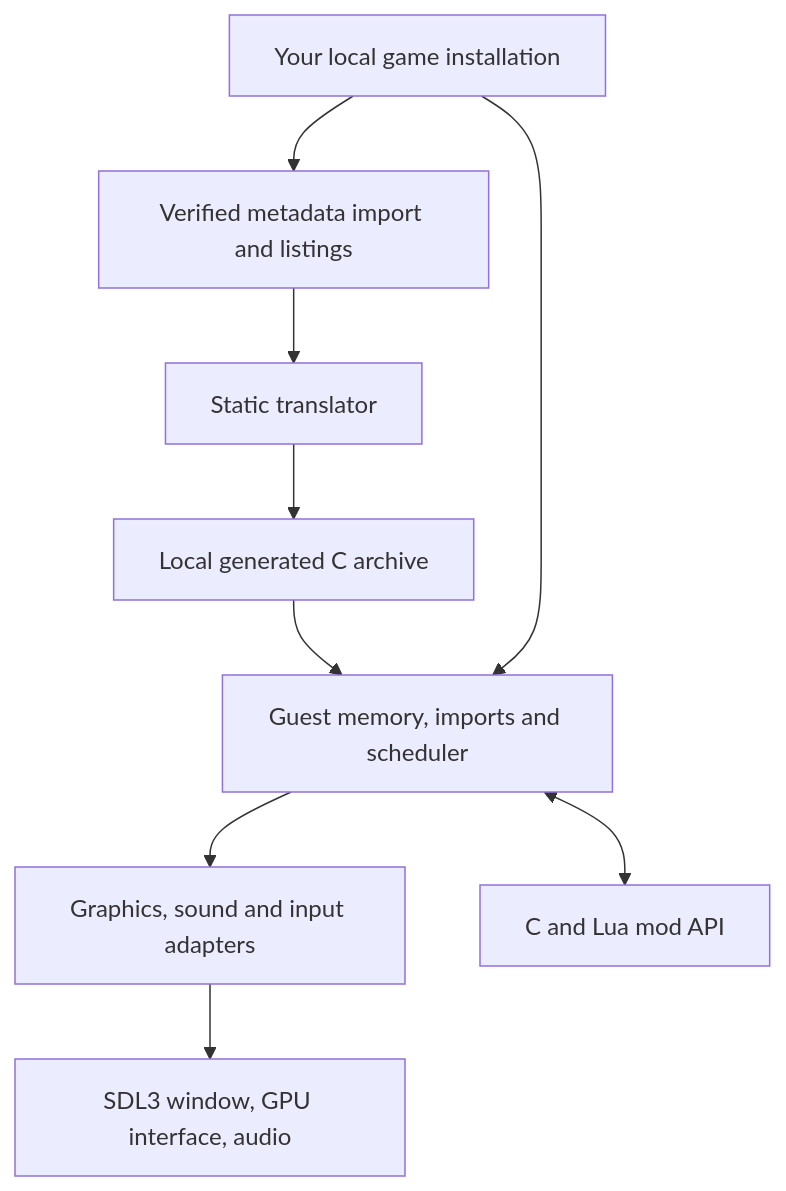
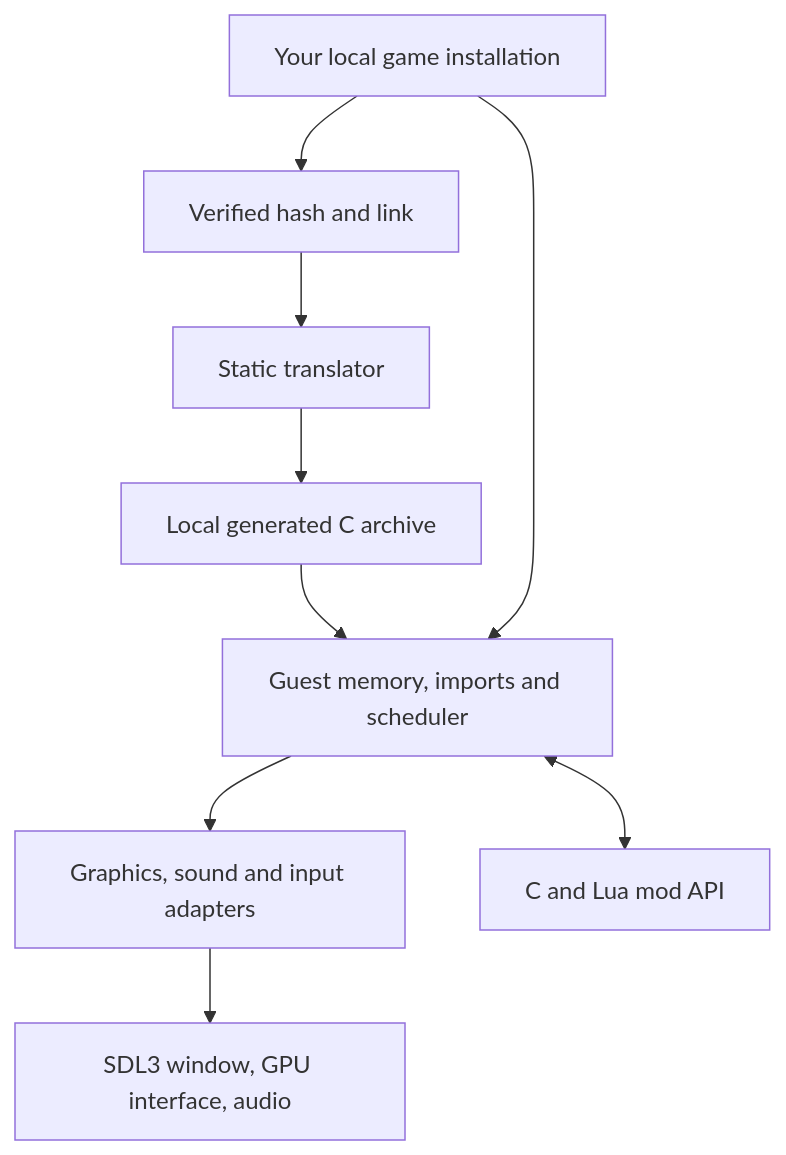
One commit to wraitii/recomp-kit changed the diagram in docs/architecture.md. Above: the diagram before and after it, drawn with Mermaid. The commit also changed other lines of this file and 102 other files, not shown here.

````diff
--- a/docs/architecture.md
+++ b/docs/architecture.md
@@ -8,11 +8,11 @@
 ```mermaid
 flowchart TD
-  Game[Your local game installation] --> Setup[Verified metadata import and listings]
+  Game[Your local game installation] --> Setup[Verified hash and link]
   Setup --> Translator[Static translator]
   Translator --> Generated[Local generated C archive]
   Generated --> Runtime[Guest memory, imports and scheduler]
   Game --> Runtime
   Runtime --> DX[Graphics, sound and input adapters]
   DX --> Host[SDL3 window, GPU interface, audio]
   Runtime <--> Mods[C and Lua mod API]
 ```
````
